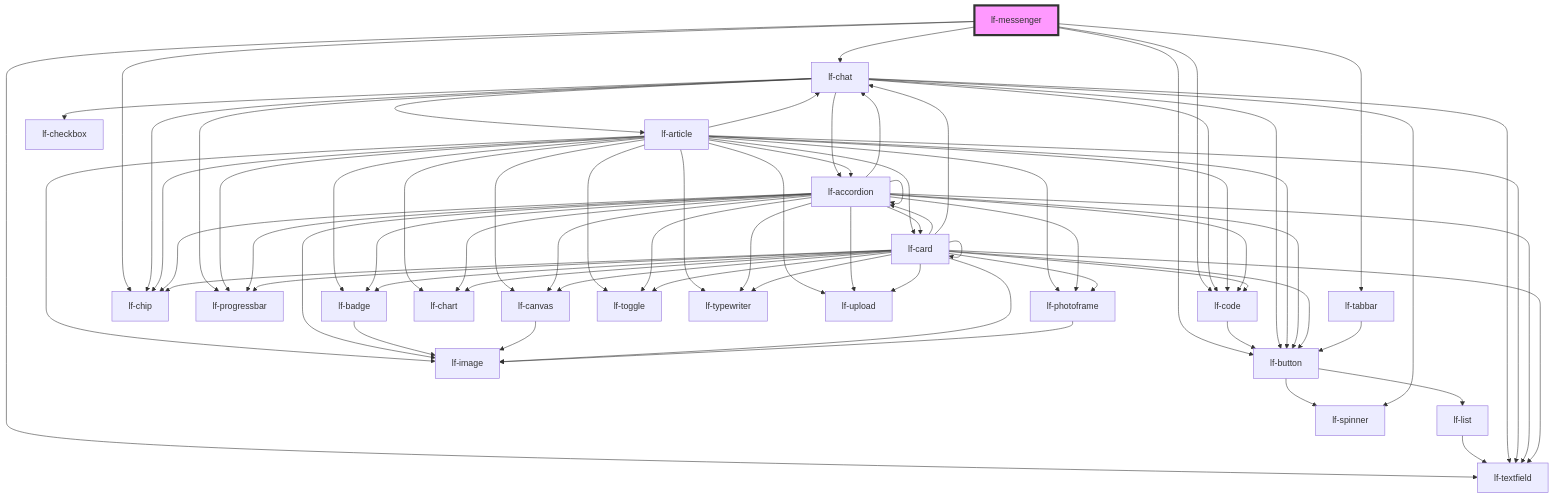
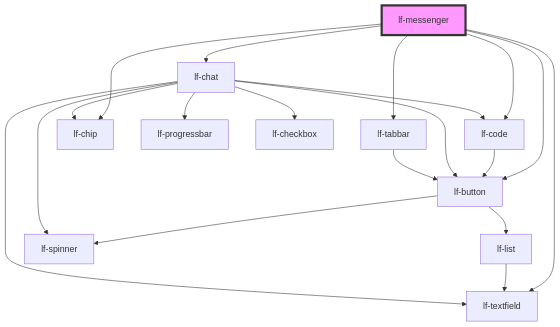
The diagram in packages/core/src/components/lf-messenger/readme.md (lucafoscili/lf-widgets), drawn with Mermaid before and after one commit. The commit also changed 21 other files, not shown here.

````diff
--- a/packages/core/src/components/lf-messenger/readme.md
+++ b/packages/core/src/components/lf-messenger/readme.md
@@ -151,75 +151,22 @@
 ```mermaid
 graph TD;
   lf-messenger --> lf-code
   lf-messenger --> lf-button
   lf-messenger --> lf-chat
   lf-messenger --> lf-tabbar
   lf-messenger --> lf-chip
   lf-messenger --> lf-textfield
   lf-code --> lf-button
   lf-button --> lf-list
   lf-button --> lf-spinner
   lf-list --> lf-textfield
-  lf-chat --> lf-spinner
-  lf-chat --> lf-article
-  lf-chat --> lf-accordion
   lf-chat --> lf-chip
   lf-chat --> lf-button
   lf-chat --> lf-textfield
+  lf-chat --> lf-spinner
   lf-chat --> lf-code
   lf-chat --> lf-progressbar
   lf-chat --> lf-checkbox
-  lf-article --> lf-accordion
-  lf-article --> lf-badge
-  lf-article --> lf-button
-  lf-article --> lf-canvas
-  lf-article --> lf-card
-  lf-article --> lf-chart
-  lf-article --> lf-chat
-  lf-article --> lf-chip
-  lf-article --> lf-code
-  lf-article --> lf-image
-  lf-article --> lf-photoframe
-  lf-article --> lf-progressbar
-  lf-article --> lf-textfield
-  lf-article --> lf-toggle
-  lf-article --> lf-typewriter
-  lf-article --> lf-upload
-  lf-accordion --> lf-accordion
-  lf-accordion --> lf-badge
-  lf-accordion --> lf-button
-  lf-accordion --> lf-canvas
-  lf-accordion --> lf-card
-  lf-accordion --> lf-chart
-  lf-accordion --> lf-chat
-  lf-accordion --> lf-chip
-  lf-accordion --> lf-code
-  lf-accordion --> lf-image
-  lf-accordion --> lf-photoframe
-  lf-accordion --> lf-progressbar
-  lf-accordion --> lf-textfield
-  lf-accordion --> lf-toggle
-  lf-accordion --> lf-typewriter
-  lf-accordion --> lf-upload
-  lf-badge --> lf-image
-  lf-canvas --> lf-image
-  lf-card --> lf-accordion
-  lf-card --> lf-badge
-  lf-card --> lf-button
-  lf-card --> lf-canvas
-  lf-card --> lf-card
-  lf-card --> lf-chart
-  lf-card --> lf-chat
-  lf-card --> lf-chip
-  lf-card --> lf-code
-  lf-card --> lf-image
-  lf-card --> lf-photoframe
-  lf-card --> lf-progressbar
-  lf-card --> lf-textfield
-  lf-card --> lf-toggle
-  lf-card --> lf-typewriter
-  lf-card --> lf-upload
-  lf-photoframe --> lf-image
   lf-tabbar --> lf-button
   style lf-messenger fill:#f9f,stroke:#333,stroke-width:4px
 ```
````
